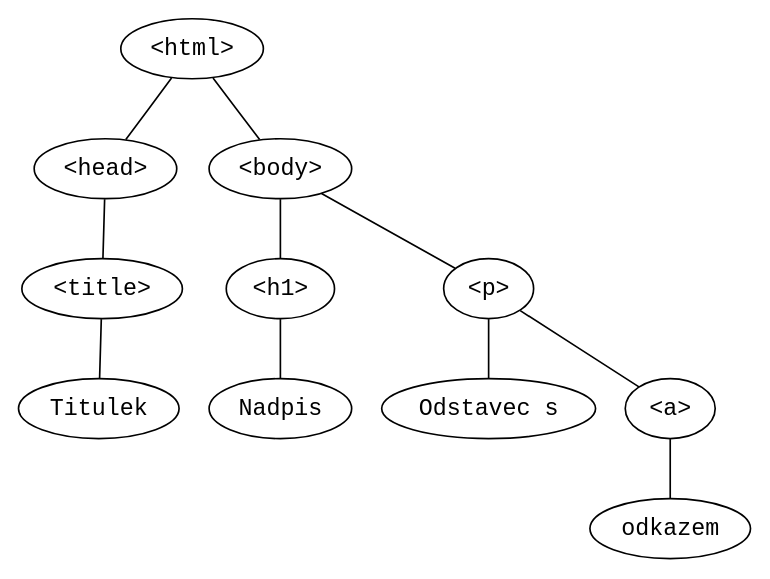
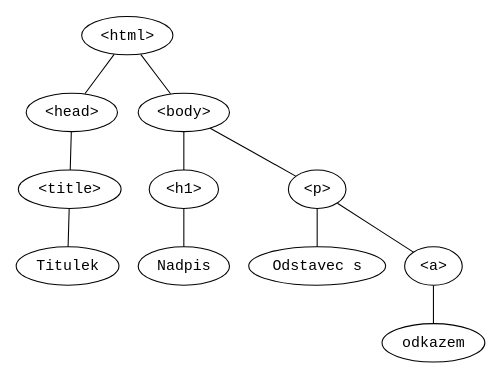
One commit to ondras/javascript-resene-ulohy changed the diagram in img/tree.dot. Above: the diagram before and after it, drawn with Graphviz. The commit also changed 18 other files, not shown here.

```diff
--- a/img/tree.dot
+++ b/img/tree.dot
@@ -1,13 +1,14 @@
 graph G {
-    node[fontname=monospace]
+    graph [size="4,4!"]
+    node [fontname=monospace]
     "<html>" -- "<head>"
     "<head>" -- "<title>"
     "<title>" -- "Titulek"
     "<html>" -- "<body>"
     "<body>" -- "<h1>"
     "<h1>" -- "Nadpis"
     "<body>" -- "<p>"
     "<p>" -- "Odstavec s"
     "<p>" -- "<a>"
     "<a>" -- "odkazem"
 }
```
